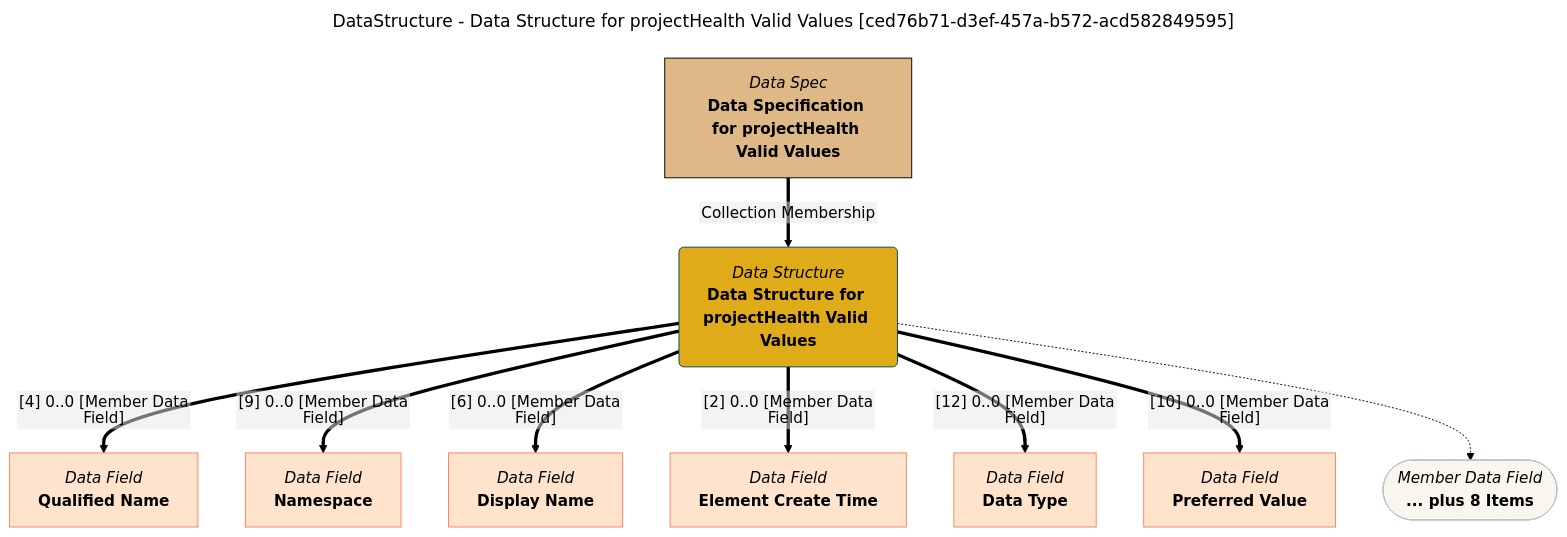
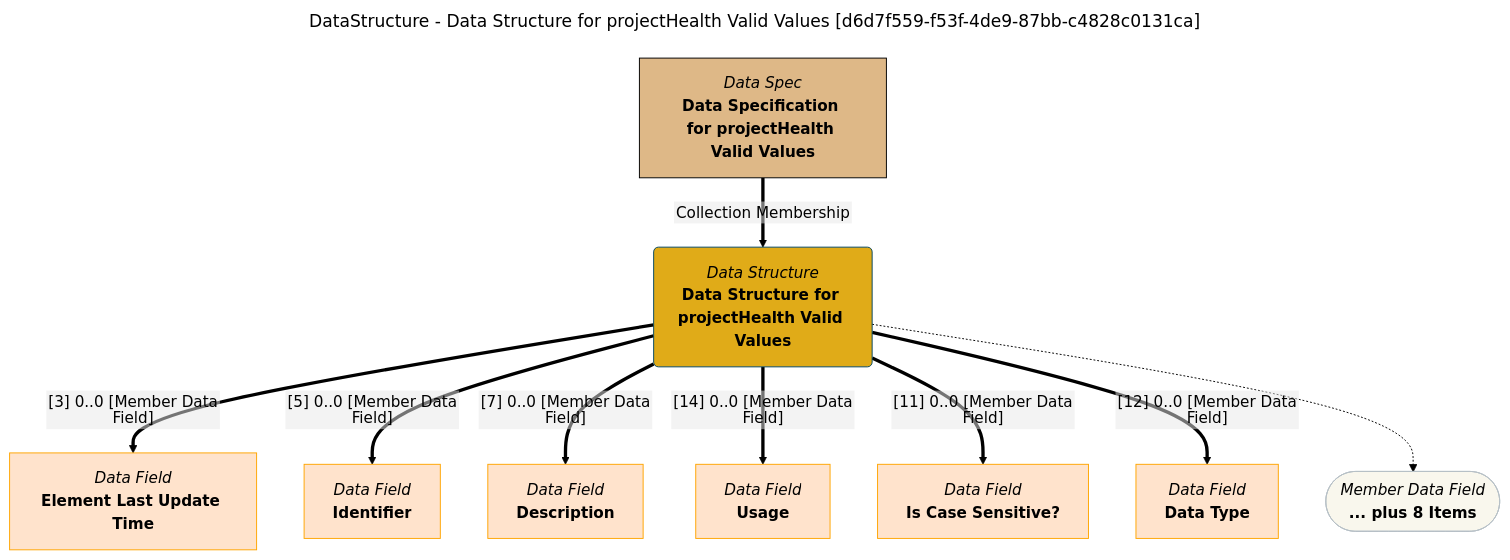
The diagram in site/snippets/data-structures/data-structure-for-projecthealth-valid-values-mermaid-graph.md (odpi/egeria-docs), drawn with Mermaid (forest theme) before and after one commit. The commit also changed 2201 other files, not shown here.

````diff
--- a/site/snippets/data-structures/data-structure-for-projecthealth-valid-values-mermaid-graph.md
+++ b/site/snippets/data-structures/data-structure-for-projecthealth-valid-values-mermaid-graph.md
@@ -1,43 +1,43 @@
 ```mermaid
 ---
-title: DataStructure - Data Structure for projectHealth Valid Values [ced76b71-d3ef-457a-b572-acd582849595]
+title: DataStructure - Data Structure for projectHealth Valid Values [d6d7f559-f53f-4de9-87bb-c4828c0131ca]
 ---
 flowchart TD
 %%{init: {"flowchart": {"htmlLabels": false}} }%%
 
 1@{ shape: rounded, label: "*Data Structure*
 **Data Structure for projectHealth Valid Values**"}
 2@{ shape: rect, label: "*Data Spec*
 **Data Specification for projectHealth Valid Values**"}
 2==>|"Collection Membership"|1
 3@{ shape: rect, label: "*Data Field*
-**Qualified Name**"}
-1==>|"[4] 0..0 [Member Data Field]"|3
+**Element Last Update Time**"}
+1==>|"[3] 0..0 [Member Data Field]"|3
 4@{ shape: rect, label: "*Data Field*
-**Namespace**"}
-1==>|"[9] 0..0 [Member Data Field]"|4
+**Identifier**"}
+1==>|"[5] 0..0 [Member Data Field]"|4
 5@{ shape: rect, label: "*Data Field*
-**Display Name**"}
-1==>|"[6] 0..0 [Member Data Field]"|5
+**Description**"}
+1==>|"[7] 0..0 [Member Data Field]"|5
 6@{ shape: rect, label: "*Data Field*
-**Element Create Time**"}
-1==>|"[2] 0..0 [Member Data Field]"|6
+**Usage**"}
+1==>|"[14] 0..0 [Member Data Field]"|6
 7@{ shape: rect, label: "*Data Field*
+**Is Case Sensitive?**"}
+1==>|"[11] 0..0 [Member Data Field]"|7
+8@{ shape: rect, label: "*Data Field*
 **Data Type**"}
-1==>|"[12] 0..0 [Member Data Field]"|7
-8@{ shape: rect, label: "*Data Field*
-**Preferred Value**"}
-1==>|"[10] 0..0 [Member Data Field]"|8
+1==>|"[12] 0..0 [Member Data Field]"|8
 9@{ shape: stadium, label: "*Member Data Field*
 **... plus 8 Items**"}
 1-.->9
 style 1 color:#000000, fill:#e0ab18, stroke:#004563
-style 2 color:#000000, fill:#deb887, stroke:#000000
-style 3 color:#000000, fill:#ffe3cc, stroke:#f9845b
-style 4 color:#000000, fill:#ffe3cc, stroke:#f9845b
-style 5 color:#000000, fill:#ffe3cc, stroke:#f9845b
-style 6 color:#000000, fill:#ffe3cc, stroke:#f9845b
-style 7 color:#000000, fill:#ffe3cc, stroke:#f9845b
-style 8 color:#000000, fill:#ffe3cc, stroke:#f9845b
+style 2 color:#000000, fill:#DEB887, stroke:#000000
+style 3 color:#000000, fill:#ffe3cc, stroke:#FFA500
+style 4 color:#000000, fill:#ffe3cc, stroke:#FFA500
+style 5 color:#000000, fill:#ffe3cc, stroke:#FFA500
+style 6 color:#000000, fill:#ffe3cc, stroke:#FFA500
+style 7 color:#000000, fill:#ffe3cc, stroke:#FFA500
+style 8 color:#000000, fill:#ffe3cc, stroke:#FFA500
 style 9 color:#000000, fill:#F9F7ED, stroke:#b7c0c7
 ```
````
